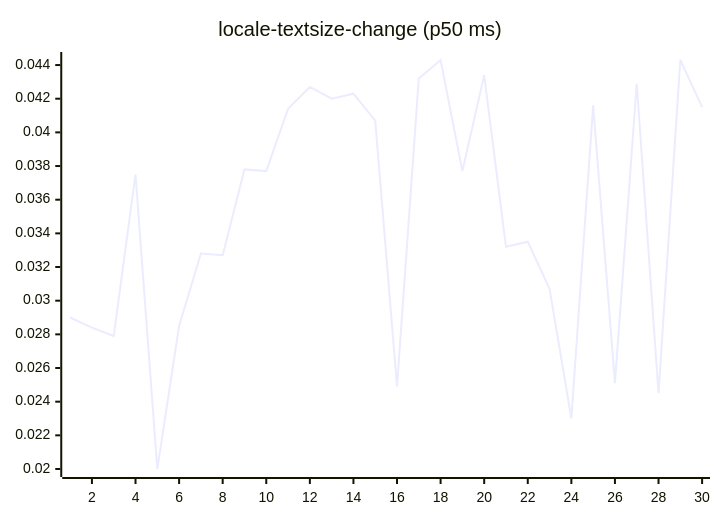
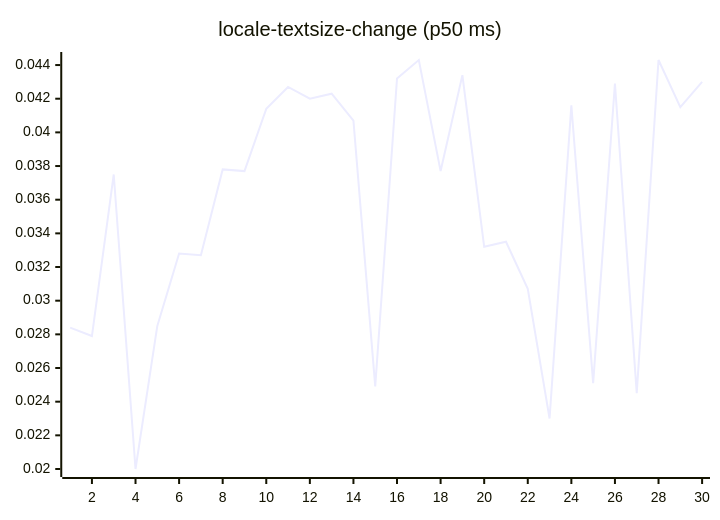
One commit to josha/Facet changed diagram 13 of 27 in README.md. Above: the diagram before and after it, drawn with Mermaid. The commit also changed other lines of this file and 2 other files, not shown here.

````diff
--- a/README.md
+++ b/README.md
@@ -147,6 +147,6 @@
 ```mermaid
 xychart-beta
     title "locale-textsize-change (p50 ms)"
     x-axis 1 --> 30
-    line [0.0290, 0.0284, 0.0279, 0.0375, 0.0200, 0.0285, 0.0328, 0.0327, 0.0378, 0.0377, 0.0414, 0.0427, 0.0420, 0.0423, 0.0407, 0.0249, 0.0432, 0.0443, 0.0377, 0.0434, 0.0332, 0.0335, 0.0307, 0.0230, 0.0416, 0.0251, 0.0429, 0.0245, 0.0443, 0.0415]
+    line [0.0284, 0.0279, 0.0375, 0.0200, 0.0285, 0.0328, 0.0327, 0.0378, 0.0377, 0.0414, 0.0427, 0.0420, 0.0423, 0.0407, 0.0249, 0.0432, 0.0443, 0.0377, 0.0434, 0.0332, 0.0335, 0.0307, 0.0230, 0.0416, 0.0251, 0.0429, 0.0245, 0.0443, 0.0415, 0.0430]
 ```
````
